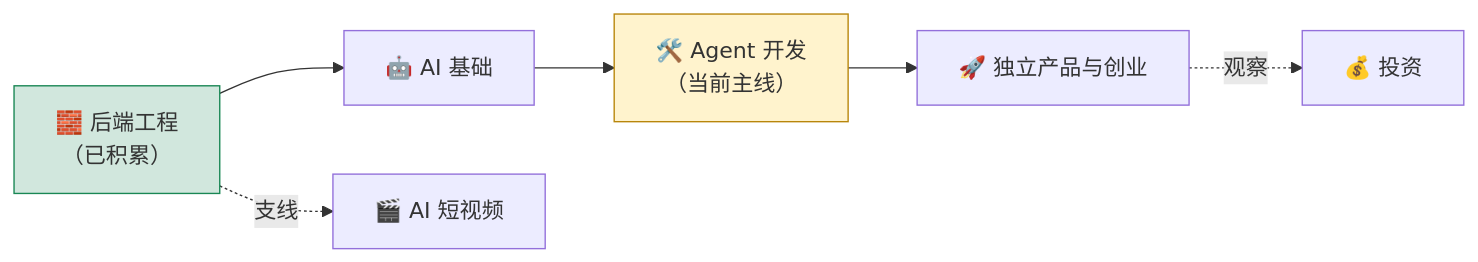
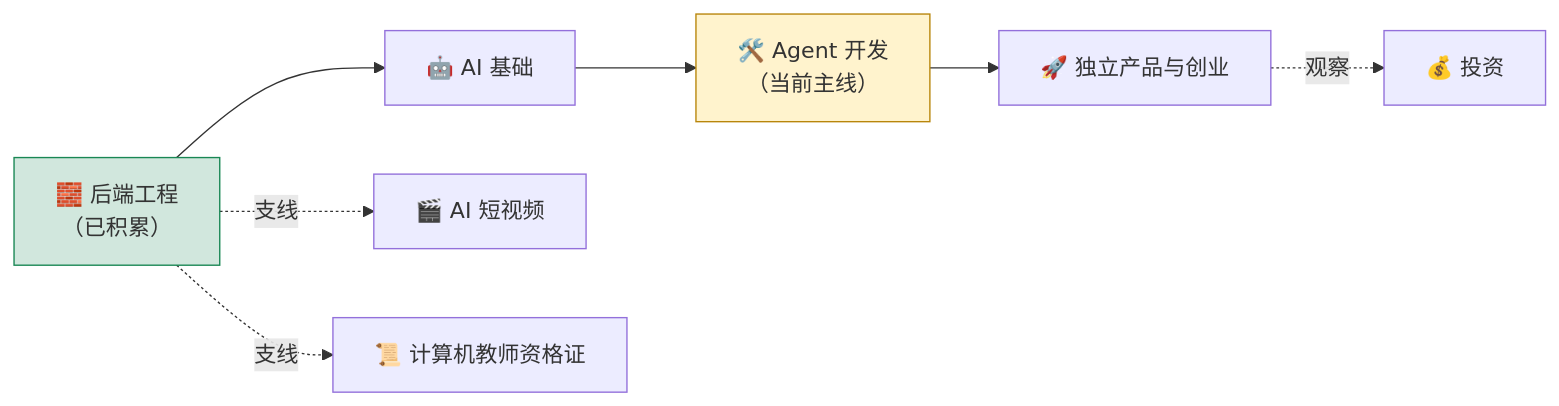
Before and after one commit to dongxuanmang/dongxuanmang.github.io: the diagram in source/learning/index.md, drawn with Mermaid. The commit also changed other lines of this file, not shown here.

```diff
--- a/source/learning/index.md
+++ b/source/learning/index.md
@@ -10,10 +10,11 @@
 {% mermaid %}
 graph LR
     A["🧱 后端工程<br/>（已积累）"] --> B["🤖 AI 基础"]
     B --> C["🛠️ Agent 开发<br/>（当前主线）"]
     C --> D["🚀 独立产品与创业"]
     A -. 支线 .-> E["🎬 AI 短视频"]
+    A -. 支线 .-> G["📜 计算机教师资格证"]
     D -. 观察 .-> F["💰 投资"]
     style C fill:#fff3cd,stroke:#b8860b
     style A fill:#d1e7dd,stroke:#198754
 {% endmermaid %}
```
